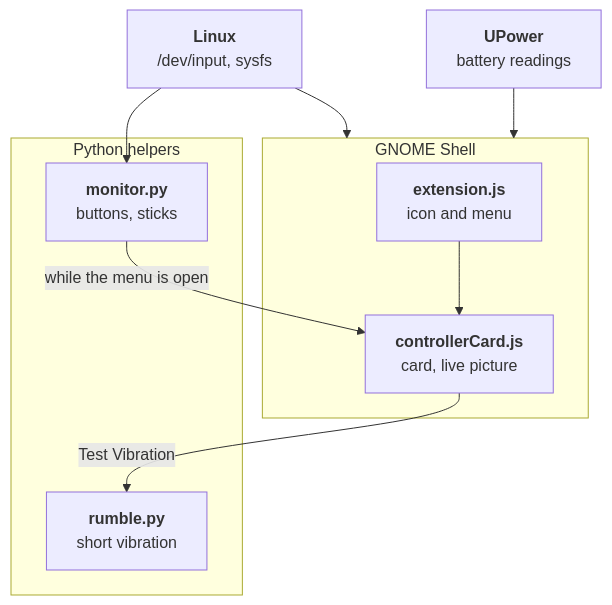
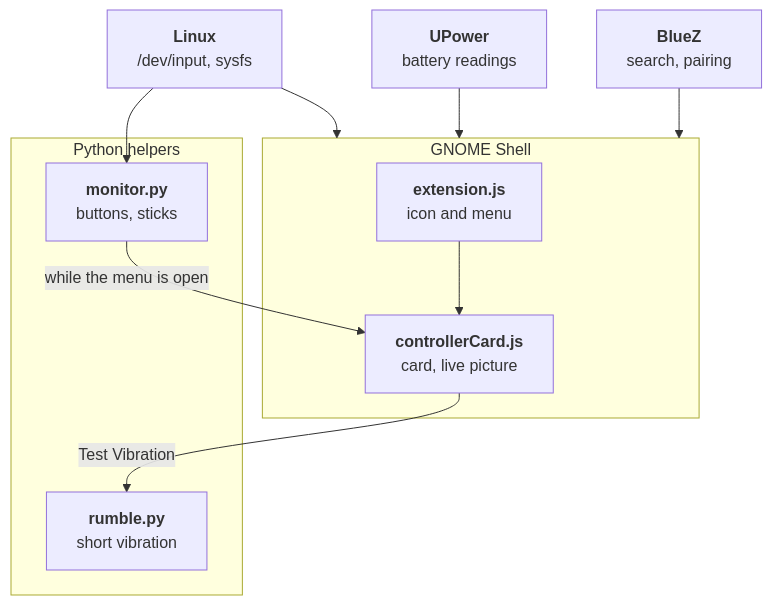
Before and after one commit to NahuelGenchi/padlight: the first of 2 diagrams in README.md, drawn with Mermaid. The commit also changed other lines of this file and 4 other files, not shown here.

````diff
--- a/README.md
+++ b/README.md
@@ -197,19 +201,21 @@
 ```mermaid
 flowchart TB
     kernel["<b>Linux</b><br/>/dev/input, sysfs"]
     upower["<b>UPower</b><br/>battery readings"]
+    bluez["<b>BlueZ</b><br/>search, pairing"]
     subgraph shell["GNOME Shell"]
         ext["<b>extension.js</b><br/>icon and menu"]
         card["<b>controllerCard.js</b><br/>card, live picture"]
     end
     subgraph helpers["Python helpers"]
         monitor["<b>monitor.py</b><br/>buttons, sticks"]
         rumble["<b>rumble.py</b><br/>short vibration"]
     end
     kernel --> shell
     upower --> shell
+    bluez --> shell
     ext --> card
     kernel --> monitor
     monitor -->|"while the menu is open"| card
     card -->|"Test Vibration"| rumble
 ```
````
